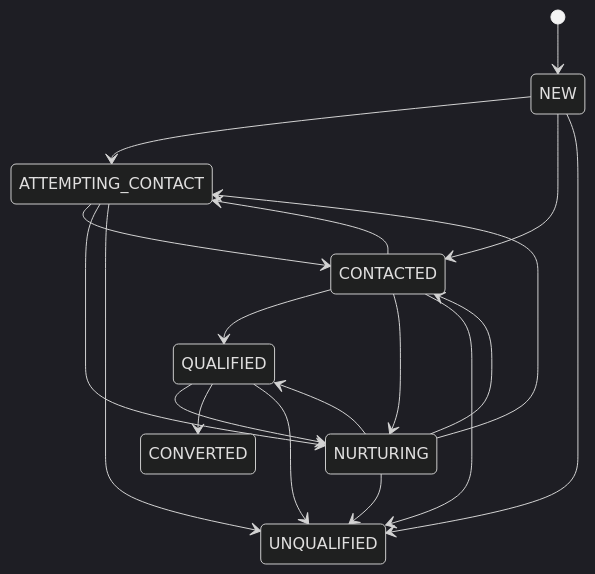
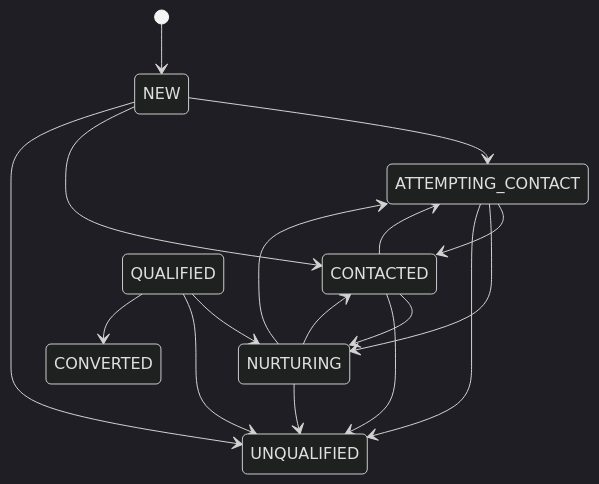
The diagram in docs/crm/LIFECYCLE.md (itsRasul/ucafe), drawn with Mermaid (dark theme) before and after one commit. The commit also changed other lines of this file and 44 other files, not shown here.

```diff
--- a/docs/crm/LIFECYCLE.md
+++ b/docs/crm/LIFECYCLE.md
@@ -19,21 +19,19 @@
 ~~~mermaid
 stateDiagram-v2
     [*] --> NEW
     NEW --> ATTEMPTING_CONTACT
     NEW --> CONTACTED
     NEW --> UNQUALIFIED
     ATTEMPTING_CONTACT --> CONTACTED
     ATTEMPTING_CONTACT --> NURTURING
     ATTEMPTING_CONTACT --> UNQUALIFIED
     CONTACTED --> ATTEMPTING_CONTACT
-    CONTACTED --> QUALIFIED
     CONTACTED --> NURTURING
     CONTACTED --> UNQUALIFIED
     QUALIFIED --> NURTURING
-    QUALIFIED --> CONVERTED
     QUALIFIED --> UNQUALIFIED
     NURTURING --> ATTEMPTING_CONTACT
     NURTURING --> CONTACTED
-    NURTURING --> QUALIFIED
     NURTURING --> UNQUALIFIED
+    QUALIFIED --> CONVERTED
 ~~~
```
